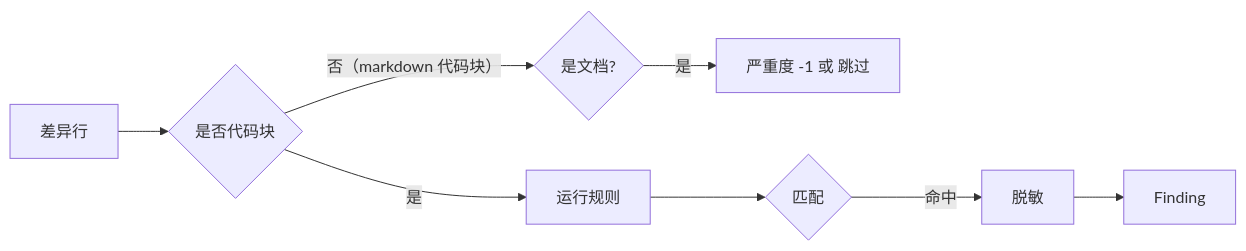
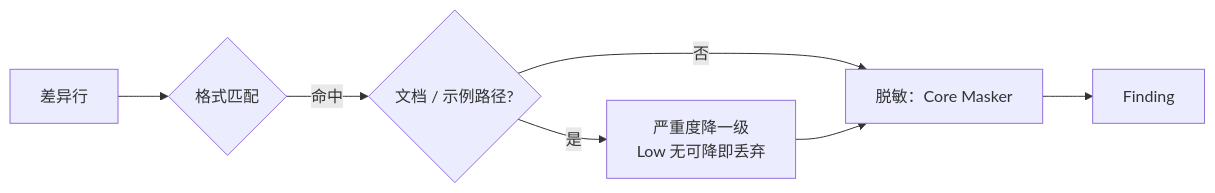
The diagram in docs/模块设计/LocalPathUrl.md (Camefor/GitGuard), drawn with Mermaid before and after one commit. The commit also changed other lines of this file and 67 other files, not shown here.

````diff
--- a/docs/模块设计/LocalPathUrl.md
+++ b/docs/模块设计/LocalPathUrl.md
@@ -63,10 +63,9 @@
 ```mermaid
 flowchart LR
-    Line[差异行] --> IsCode{是否代码块}
-    IsCode -- 是 --> Scan[运行规则]
-    IsCode -- 否（markdown 代码块） --> Context{是文档?}
-    Context -- 是 --> Downgrade[严重度 -1 或 跳过]
-    Scan --> Match{匹配}
-    Match -- 命中 --> Mask[脱敏]
+    Line[差异行] --> Match{格式匹配}
+    Match -- 命中 --> Path{文档 / 示例路径?}
+    Path -- 是 --> Step[严重度降一级\nLow 无可降即丢弃]
+    Path -- 否 --> Mask[脱敏：Core Masker]
+    Step --> Mask
     Mask --> Finding
 ```
````
